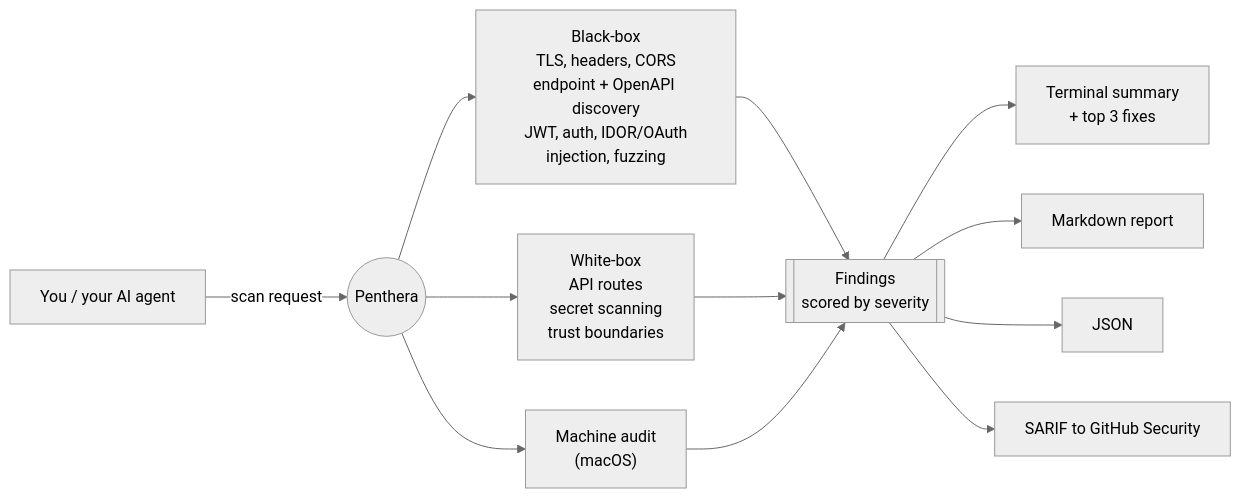
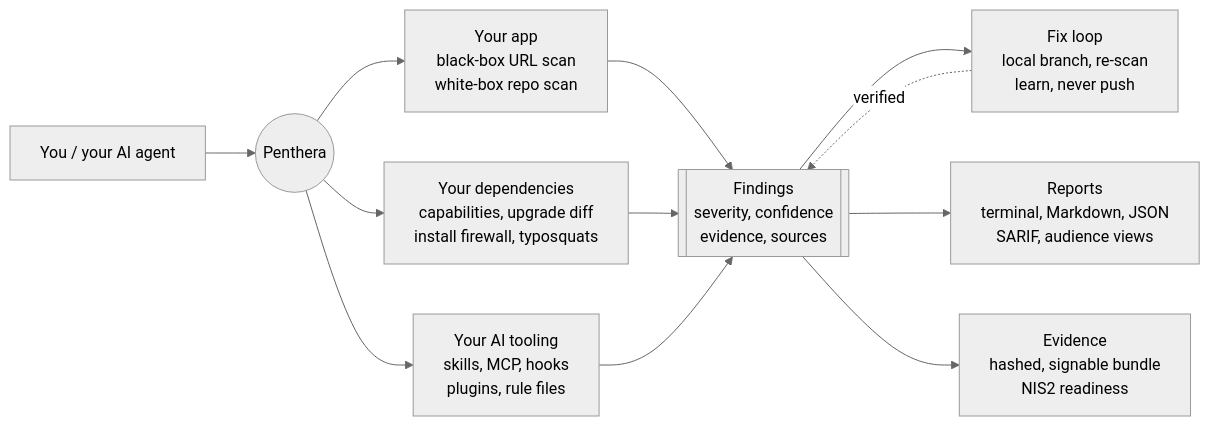
Before and after one commit to actions-marketplace-validations/danoszz_penthera: the diagram in README.md, drawn with Mermaid (neutral theme). The commit also changed other lines of this file and 6 other files, not shown here.

First line of the commit message:
docs: position Penthera as the routine work of a security team, locally

````diff
--- a/README.md
+++ b/README.md
@@ -139,17 +223,17 @@
 ```mermaid
 flowchart LR
-    U["You / your AI agent"] -->|scan request| P((Penthera))
+    U["You / your AI agent"] --> P((Penthera))
 
-    P --> BB["Black-box<br/>TLS, headers, CORS<br/>endpoint + OpenAPI discovery<br/>JWT, auth, IDOR/OAuth<br/>injection, fuzzing"]
-    P --> WB["White-box<br/>API routes<br/>secret scanning<br/>trust boundaries"]
-    P --> MA["Machine audit<br/>(macOS)"]
+    P --> APP["Your app<br/>black-box URL scan<br/>white-box repo scan"]
+    P --> DEP["Your dependencies<br/>capabilities, upgrade diff<br/>install firewall, typosquats"]
+    P --> AI["Your AI tooling<br/>skills, MCP, hooks<br/>plugins, rule files"]
 
-    BB --> F[["Findings<br/>scored by severity"]]
-    WB --> F
-    MA --> F
+    APP --> F[["Findings<br/>severity, confidence<br/>evidence, sources"]]
+    DEP --> F
+    AI --> F
 
-    F --> T["Terminal summary<br/>+ top 3 fixes"]
-    F --> MD["Markdown report"]
-    F --> J["JSON"]
-    F --> S["SARIF to GitHub Security"]
+    F --> FIX["Fix loop<br/>local branch, re-scan<br/>learn, never push"]
+    FIX -.verified.-> F
+    F --> R["Reports<br/>terminal, Markdown, JSON<br/>SARIF, audience views"]
+    F --> E["Evidence<br/>hashed, signable bundle<br/>NIS2 readiness"]
 ```
````
